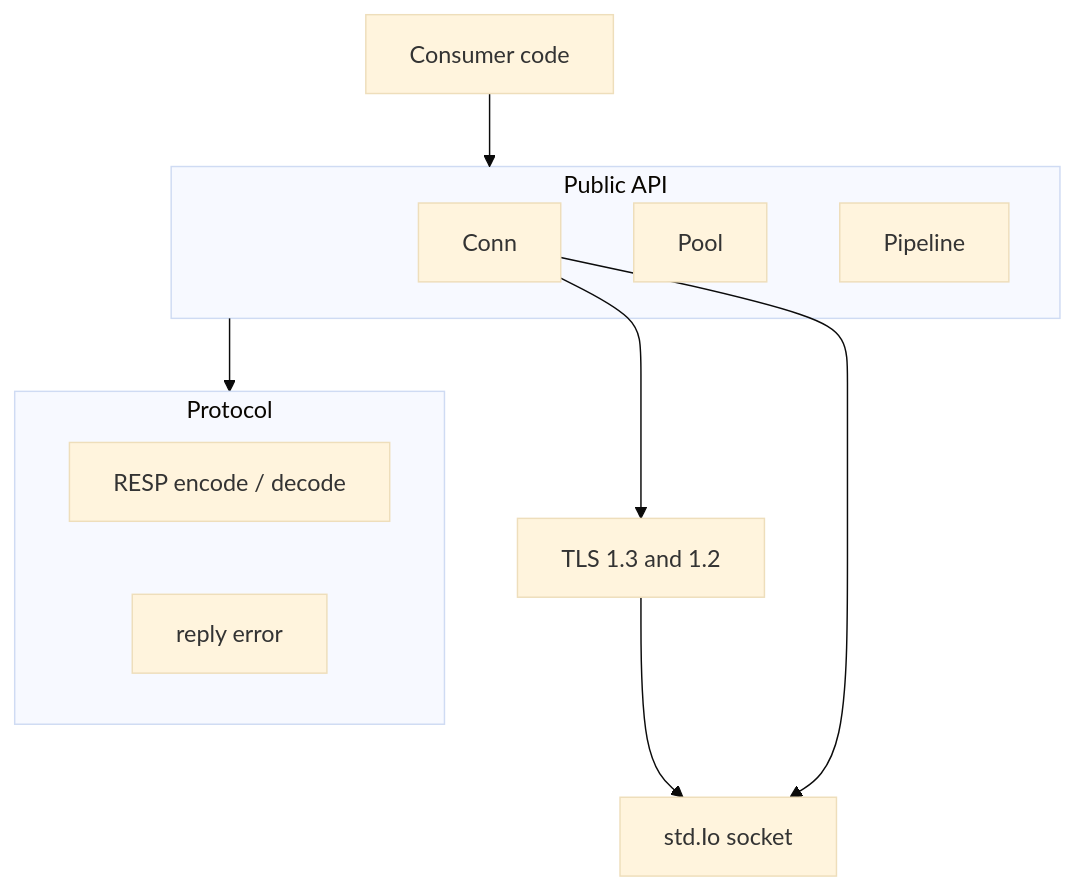
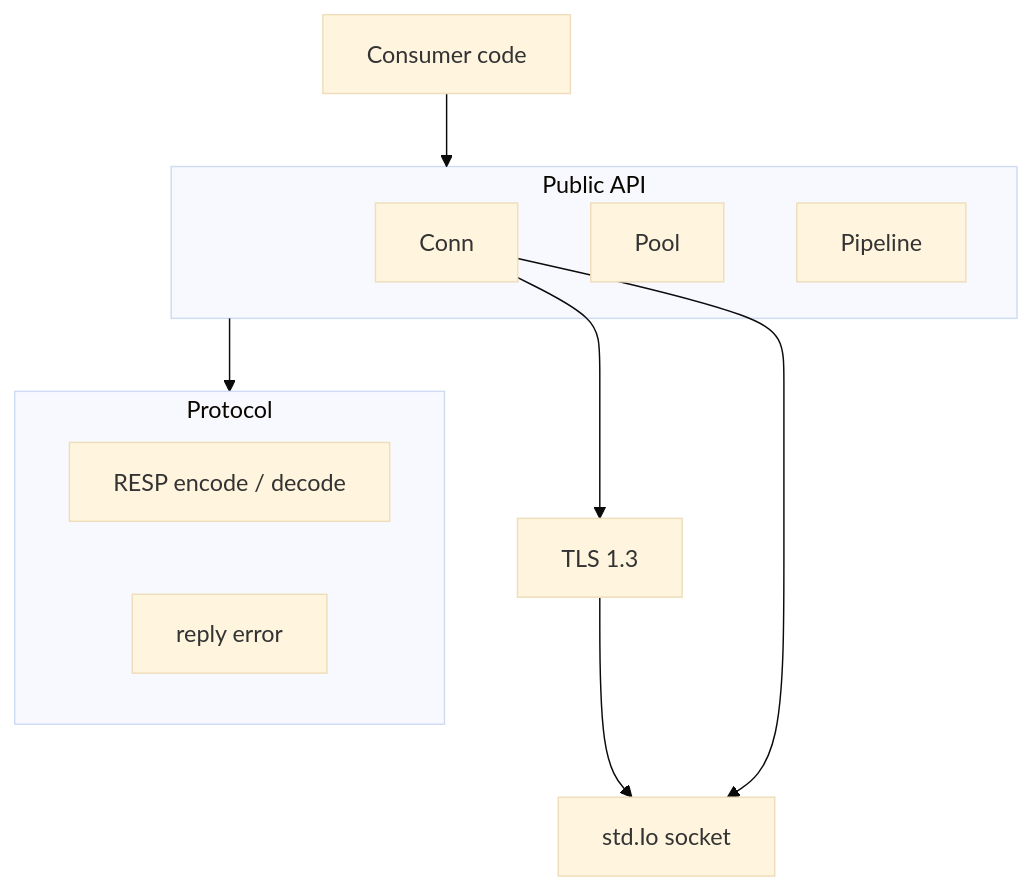
Before and after one commit to prothegee/zix: the first of 6 diagrams in docs/driver/rediz/hld-en.md, drawn with Mermaid (base theme). The commit also changed other lines of this file and 1 other file, not shown here.

First line of the commit message:
add dispatch model and fix TLS in rediz hld

````diff
--- a/docs/driver/rediz/hld-en.md
+++ b/docs/driver/rediz/hld-en.md
@@ -9,21 +9,21 @@
 ```mermaid
 flowchart TB
     app[Consumer code]
     subgraph api [Public API]
         conn[Conn]
         pool[Pool]
         pipe[Pipeline]
     end
     subgraph proto [Protocol]
         resp[RESP encode / decode]
         replyerr[reply error]
     end
-    tls[TLS 1.3 and 1.2]
+    tls[TLS 1.3]
     net[std.Io socket]
 
     app --> api
     api --> proto
     conn --> tls
     tls --> net
     conn --> net
 ```
````
